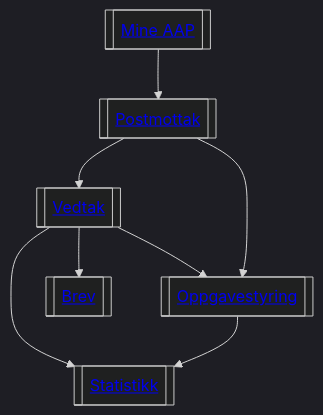
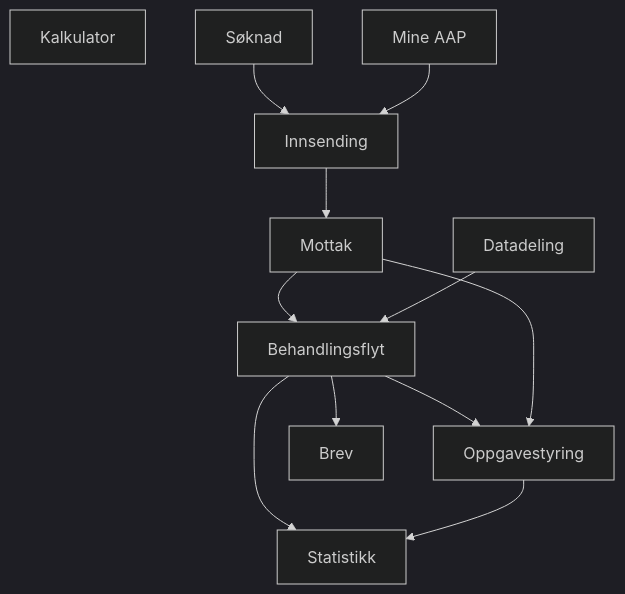
Before and after one commit to navikt/aap-intern-sysdok: the diagram in dokumentasjon/docs/funksjonalitet/funksjonalitet.md, drawn with Mermaid (dark theme). The commit also changed other lines of this file and 39 other files, not shown here.

````diff
--- a/dokumentasjon/docs/funksjonalitet/funksjonalitet.md
+++ b/dokumentasjon/docs/funksjonalitet/funksjonalitet.md
@@ -153,11 +84,14 @@
 ```mermaid
 graph TD
-
-MA[[<a href='funksjonalitet/mine_aap'>Mine AAP</a>]] --> PM[[<a href='funksjonalitet/postmottak'>Postmottak</a>]]
-PM --> VT[[<a href='funksjonalitet/vedtak'>Vedtak</a>]]
-VT --> OP[[<a href='funksjonalitet/oppgavestyring'>Oppgavestyring</a>]]
+KA[Kalkulator]
+SK[Søknad] --> IS[Innsending]
+MA[Mine AAP] --> IS
+IS --> PM[Mottak]
+PM --> VT[Behandlingsflyt]
+VT --> OP[Oppgavestyring]
 PM --> OP
-VT --> BR[[<a href='funksjonalitet/brev'>Brev</a>]]
-VT --> ST[[<a href='funksjonalitet/statistikk'>Statistikk</a>]]
+VT --> BR[Brev]
+VT --> ST[Statistikk]
 OP --> ST
+DA[Datadeling] --> VT
 ```
````
